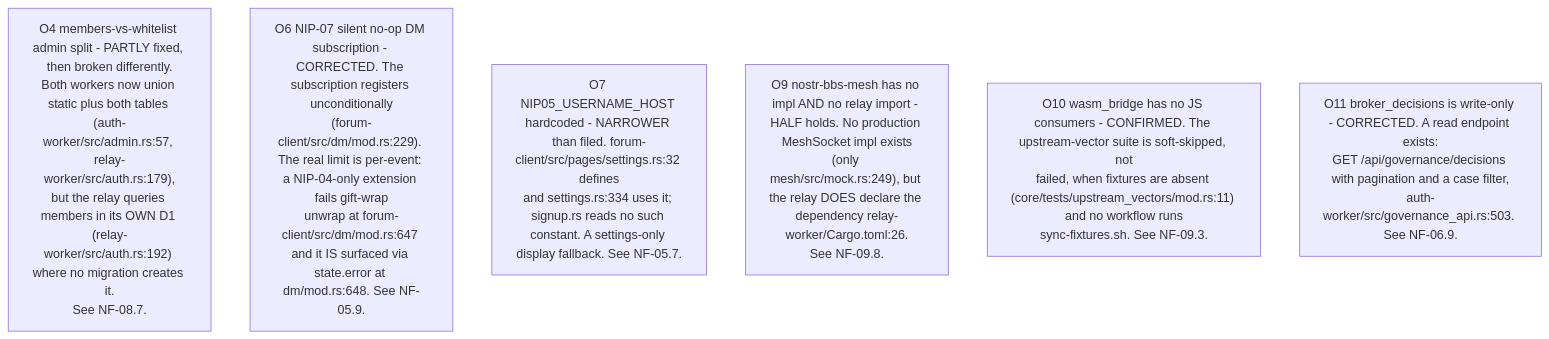
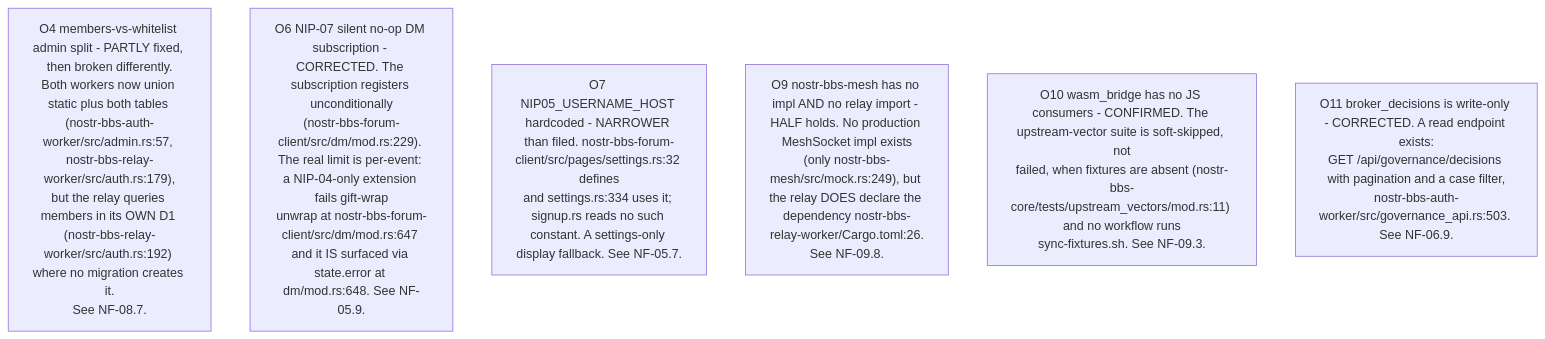
One commit to DreamLab-AI/VisionFlow changed the fourth of 10 diagrams in docs/diagrams/nostr-rust-forum/10-invariants-and-anomaly-register.md. Above: the diagram before and after it, drawn with Mermaid. The commit also changed other lines of this file and 185 other files, not shown here.

Commit message:
docs(estate): reconcile diagrams and ADRs with source and define closeout sprint

````diff
--- a/docs/diagrams/nostr-rust-forum/10-invariants-and-anomaly-register.md
+++ b/docs/diagrams/nostr-rust-forum/10-invariants-and-anomaly-register.md
@@ -103,9 +105,9 @@
 ```mermaid
 flowchart TB
-    O4["O4 members-vs-whitelist admin split - PARTLY fixed, then broken differently.<br/>Both workers now union static plus both tables (auth-worker/src/admin.rs:57, relay-worker/src/auth.rs:179),<br/>but the relay queries members in its OWN D1 (relay-worker/src/auth.rs:192) where no migration creates it.<br/>See NF-08.7."]
-    O6["O6 NIP-07 silent no-op DM subscription - CORRECTED. The subscription registers unconditionally<br/>(forum-client/src/dm/mod.rs:229). The real limit is per-event: a NIP-04-only extension fails gift-wrap<br/>unwrap at forum-client/src/dm/mod.rs:647 and it IS surfaced via state.error at dm/mod.rs:648. See NF-05.9."]
-    O7["O7 NIP05_USERNAME_HOST hardcoded - NARROWER than filed. forum-client/src/pages/settings.rs:32 defines<br/>and settings.rs:334 uses it; signup.rs reads no such constant. A settings-only display fallback. See NF-05.7."]
-    O9["O9 nostr-bbs-mesh has no impl AND no relay import - HALF holds. No production MeshSocket impl exists<br/>(only mesh/src/mock.rs:249), but the relay DOES declare the dependency relay-worker/Cargo.toml:26.<br/>See NF-09.8."]
-    O10["O10 wasm_bridge has no JS consumers - CONFIRMED. The upstream-vector suite is soft-skipped, not<br/>failed, when fixtures are absent (core/tests/upstream_vectors/mod.rs:11) and no workflow runs<br/>sync-fixtures.sh. See NF-09.3."]
-    O11c["O11 broker_decisions is write-only - CORRECTED. A read endpoint exists:<br/>GET /api/governance/decisions with pagination and a case filter,<br/>auth-worker/src/governance_api.rs:503. See NF-06.9."]
+    O4["O4 members-vs-whitelist admin split - PARTLY fixed, then broken differently.<br/>Both workers now union static plus both tables (nostr-bbs-auth-worker/src/admin.rs:57, nostr-bbs-relay-worker/src/auth.rs:179),<br/>but the relay queries members in its OWN D1 (nostr-bbs-relay-worker/src/auth.rs:192) where no migration creates it.<br/>See NF-08.7."]
+    O6["O6 NIP-07 silent no-op DM subscription - CORRECTED. The subscription registers unconditionally<br/>(nostr-bbs-forum-client/src/dm/mod.rs:229). The real limit is per-event: a NIP-04-only extension fails gift-wrap<br/>unwrap at nostr-bbs-forum-client/src/dm/mod.rs:647 and it IS surfaced via state.error at dm/mod.rs:648. See NF-05.9."]
+    O7["O7 NIP05_USERNAME_HOST hardcoded - NARROWER than filed. nostr-bbs-forum-client/src/pages/settings.rs:32 defines<br/>and settings.rs:334 uses it; signup.rs reads no such constant. A settings-only display fallback. See NF-05.7."]
+    O9["O9 nostr-bbs-mesh has no impl AND no relay import - HALF holds. No production MeshSocket impl exists<br/>(only nostr-bbs-mesh/src/mock.rs:249), but the relay DOES declare the dependency nostr-bbs-relay-worker/Cargo.toml:26.<br/>See NF-09.8."]
+    O10["O10 wasm_bridge has no JS consumers - CONFIRMED. The upstream-vector suite is soft-skipped, not<br/>failed, when fixtures are absent (nostr-bbs-core/tests/upstream_vectors/mod.rs:11) and no workflow runs<br/>sync-fixtures.sh. See NF-09.3."]
+    O11c["O11 broker_decisions is write-only - CORRECTED. A read endpoint exists:<br/>GET /api/governance/decisions with pagination and a case filter,<br/>nostr-bbs-auth-worker/src/governance_api.rs:503. See NF-06.9."]
 ```
````
